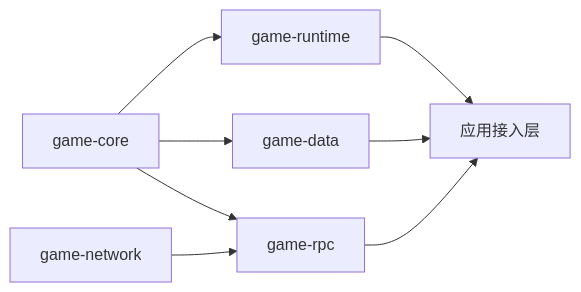
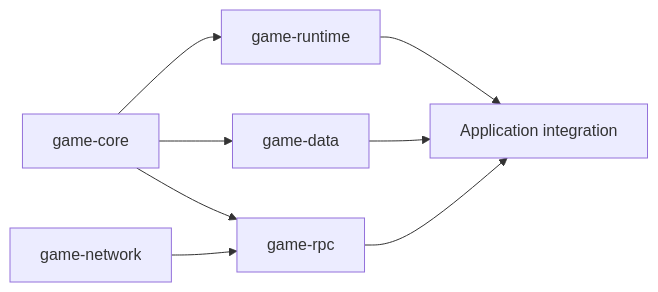
The diagram in docs/ogbs/README.md (huaye2007/mana), drawn with Mermaid before and after one commit. The commit also changed other lines of this file and 39 other files, not shown here.

````diff
--- a/docs/ogbs/README.md
+++ b/docs/ogbs/README.md
@@ -77,10 +90,10 @@
 ```mermaid
 flowchart LR
     C[game-core] --> RT[game-runtime]
     C --> D[game-data]
     C --> R[game-rpc]
     N[game-network] --> R
-    RT --> A[应用接入层]
+    RT --> A[Application integration]
     D --> A
     R --> A
 ```
````
